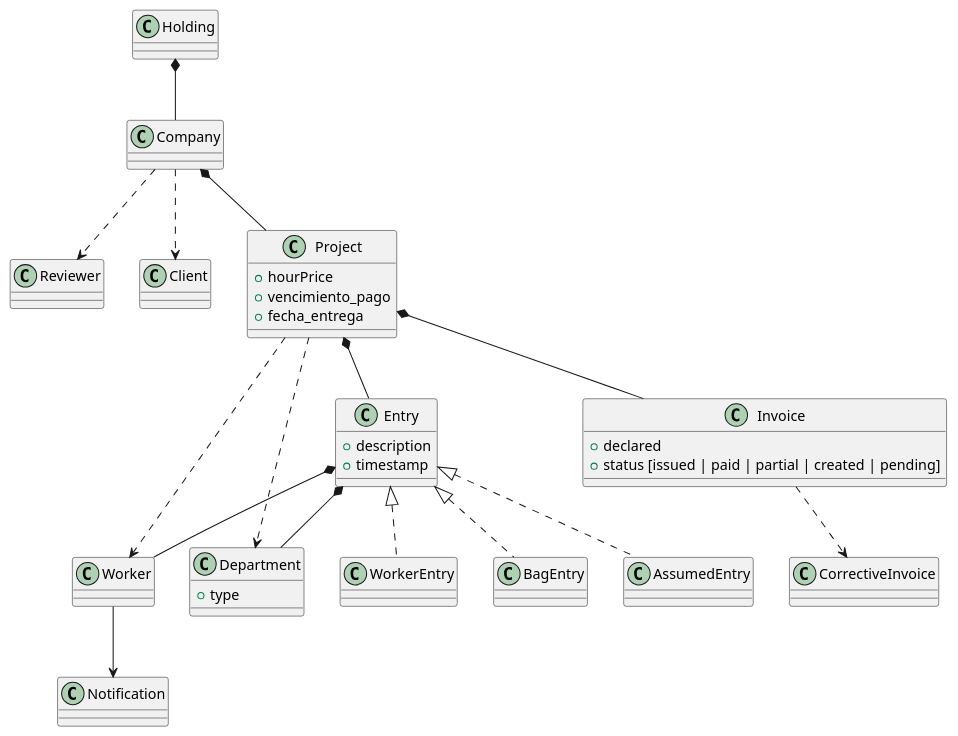
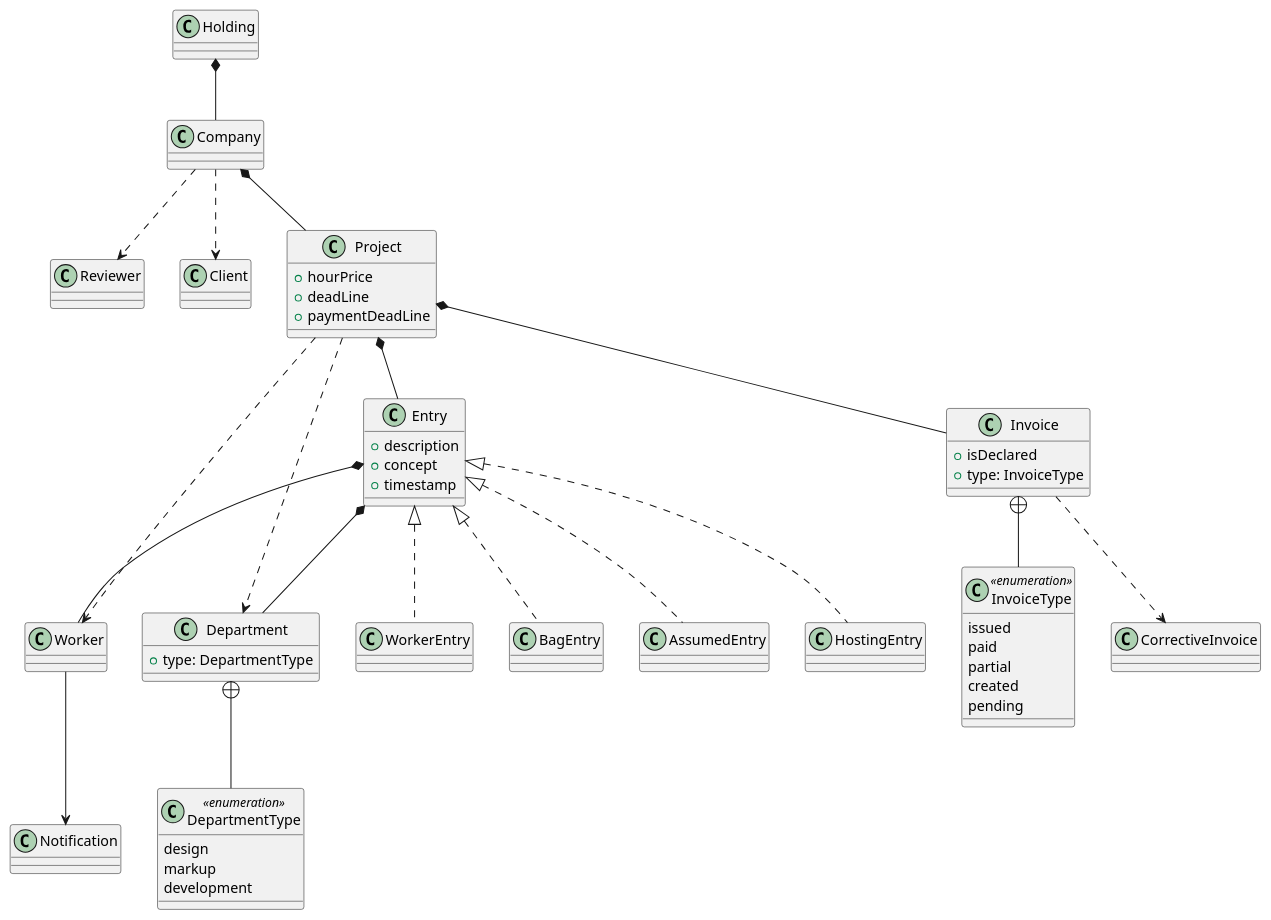
The diagram in docs/requirements.wsd (omatech/group-2-team-manager), drawn with PlantUML before and after one commit.

```diff
--- a/docs/requirements.wsd
+++ b/docs/requirements.wsd
@@ -1,42 +1,60 @@
 @startuml
   class Holding
   class Worker
   class Reviewer
   class Client
   class Company
   class Notification
-  class Project{
+  class Project {
     + hourPrice
-    + vencimiento_pago
-    + fecha_entrega
+    + deadLine
+    + paymentDeadLine
   }
-  class Department{
-    + type
+  class Department {
+    + type: DepartmentType
   }
-  class Entry{
+  class DepartmentType << enumeration >> {
+    design
+    markup
+    development
+  }
+
+  class Entry {
     + description
+    + concept
     + timestamp
   }
   class WorkerEntry implements Entry
   class BagEntry implements Entry
   class AssumedEntry implements Entry
-  class Invoice{
-    + declared
-    + status [issued | paid | partial | created | pending]
+  class HostingEntry implements Entry
+  class Invoice {
+    + isDeclared
+    + type: InvoiceType
+  }
+  class InvoiceType << enumeration >> {
+    issued
+    paid
+    partial
+    created
+    pending
   }
   class CorrectiveInvoice
   
   
   Holding *-- Company
   Company *-- Project
   Company ..> Client
   Company ..> Reviewer
   Project ..> Department
   Project ..> Worker
   Project *-- Entry
   Entry *-- Worker
   Entry *-- Department
   Project *-- Invoice
   Worker --> Notification
   Invoice ..> CorrectiveInvoice
+  Invoice +-- InvoiceType
+  Department +-- DepartmentType
+
 @enduml
```
